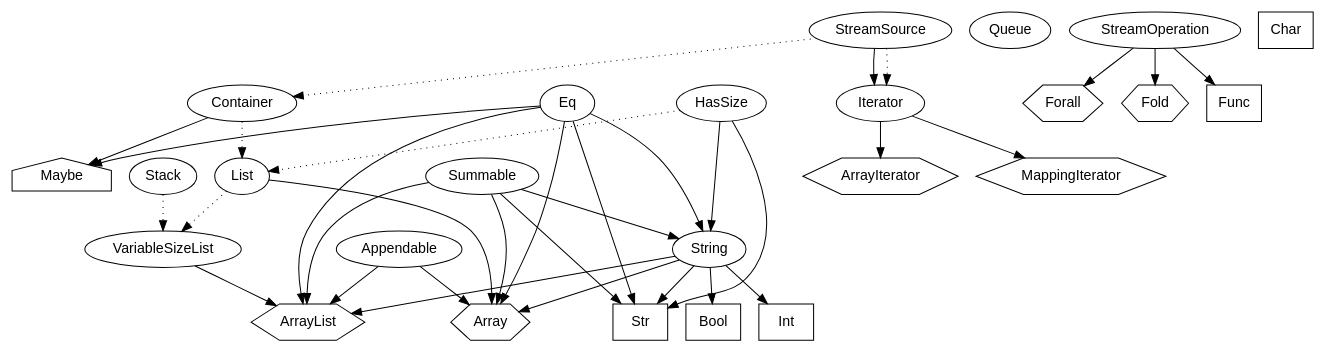
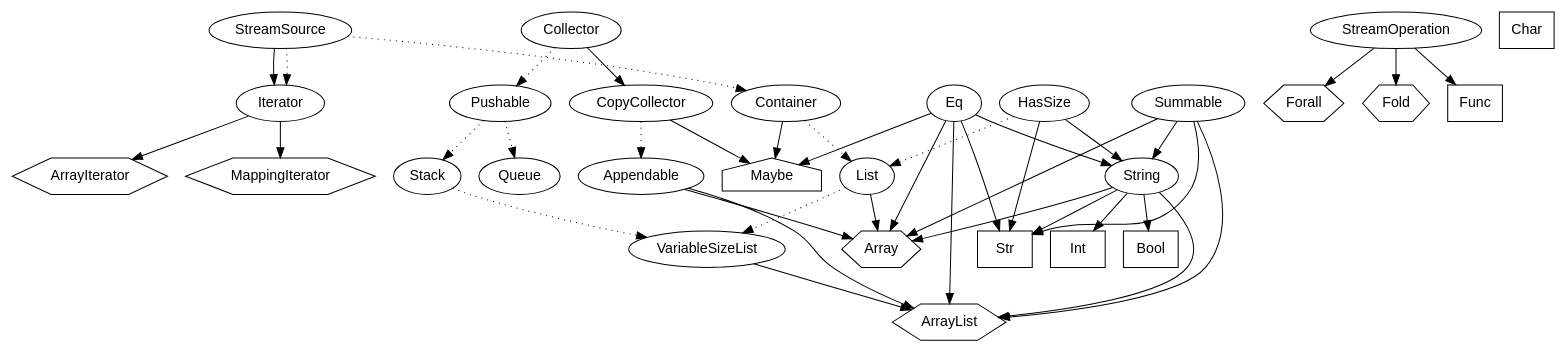
The diagram in doc/types.dot (fergusq/pscript), drawn with Graphviz before and after one commit. The commit also changed 6 other files, not shown here.

```diff
--- a/doc/types.dot
+++ b/doc/types.dot
@@ -1,91 +1,108 @@
 digraph G {
     node [fontname="sans-serif"]
     // Models
     String [shape="oval"]
     HasSize [shape="oval"]
     Container [shape="oval", group="collections"]
     List [shape="oval", group="collections"]
     VariableSizeList [shape="oval", group="collections"]
     Stack [shape="oval", group="collections"]
     Queue [shape="oval", group="collections"]
-    Appendable [shape="oval", group="collections"]
+    Appendable [shape="oval", group="collectors"]
+    Pushable [shape="oval", group="collectors"]
     Summable [shape="oval", group="collections"]
     
     StreamSource [shape="oval", group="pipes"]
     StreamOperation [shape="oval", group="pipes"]
+    Collector [shape="oval", group="collectors"]
+    CopyCollector [shape="oval", group="collectors"]
     Iterator [shape="oval", group="iterators"]
     
     // Structs
     /**/ArrayList [shape="hexagon", group="collections"]
     /**/Array [shape="hexagon", group="collections"]
     /**/ArrayIterator [shape="hexagon", group="iterators"]
     /**/MappingIterator [shape="hexagon", group="iterators"]
     /**/Forall [shape="hexagon", group="pipes"]
     /**/Fold [shape="hexagon", group="pipes"]
     
     // Enums
     /**/Maybe [shape="house", group="collections"]
     
     // Primitive types
     /**/Str [shape="box", group="primitives"]
     /**/Int [shape="box", group="primitives"]
     /**/Bool [shape="box", group="primitives"]
     /**/Char [shape="box", group="primitives"]
     /**/Func [shape="box", group="primitives"]
     
     /**/String -> Int
     /**/String -> Bool
     /**/String -> Str
     /**/String -> Array
     /**/String -> ArrayList
     
     /**/HasSize -> Str
     HasSize -> String
     //+HasSize -> Array
     //+HasSize -> ArrayList
     
     /**/Eq -> Str
     Eq -> String
     /**/Eq -> Array
     /**/Eq -> ArrayList
     /**/Eq -> Maybe
     
     StreamSource -> Container [style=dotted]
     //+Container -> Array
     //+Container -> ArrayList
     /**/Container -> Maybe
     
     HasSize -> List [style=dotted]
     Container -> List [style=dotted]
     /**/List -> Array
     //+List -> ArrayList
     
     List -> VariableSizeList [style=dotted]
     Stack -> VariableSizeList [style=dotted]
     /**/VariableSizeList -> ArrayList
     
+    Pushable -> Stack [style=dotted]
     //+Stack -> ArrayList
+    
+    Pushable -> Queue [style=dotted]
     
     //+StreamSource -> Maybe
     //+StreamSource -> Array
     //+StreamSource -> ArrayList
     StreamSource -> Iterator
     //+StreamSource -> ArrayIterator
     //+StreamSource -> MappingIterator
     
     /**/StreamOperation -> Func
     /**/StreamOperation -> Fold
     /**/StreamOperation -> Forall
     
     /**/Summable -> Str
     Summable -> String
     /**/Summable -> Array
     /**/Summable -> ArrayList
     
+    CopyCollector -> Appendable [style=dotted]
     /**/Appendable -> Array
     /**/Appendable -> ArrayList
+    
+    //+CopyCollector -> Array
+    //+CopyCollector -> ArrayList
+    CopyCollector -> Maybe
+    
+    Collector -> Pushable [style=dotted]
+    //+Pushable -> ArrayList
+    
+    //+Collector -> ArrayList
+    Collector -> CopyCollector
     
     StreamSource -> Iterator [style=dotted]
     /**/Iterator -> ArrayIterator
     /**/Iterator -> MappingIterator
 }
```
